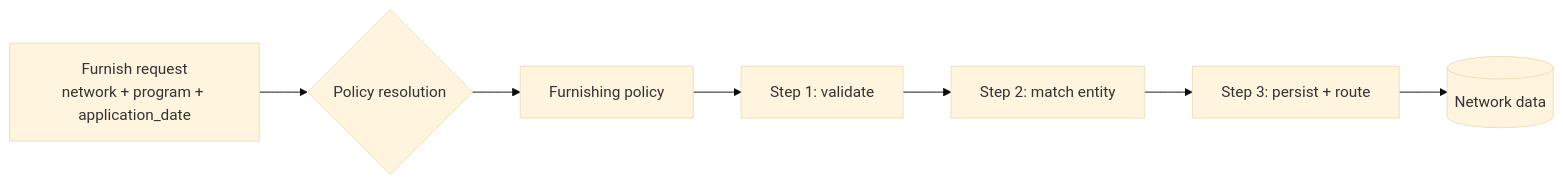
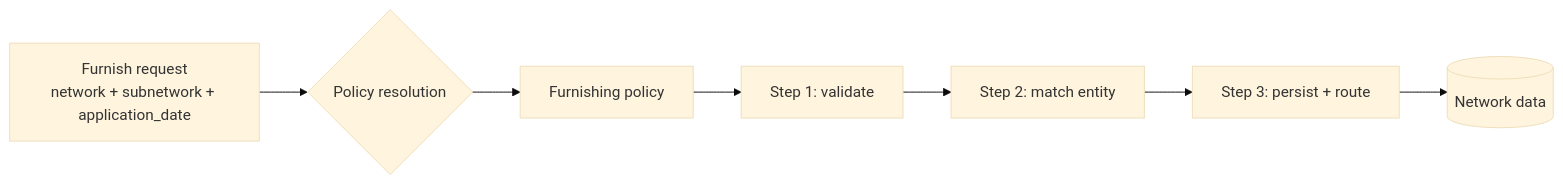
One commit to solo-finance/docs changed the first of 2 diagrams in concepts/governance/furnishing-policies.mdx. Above: the diagram before and after it, drawn with Mermaid (base theme). The commit also changed other lines of this file and 33 other files, not shown here.

````diff
--- a/concepts/governance/furnishing-policies.mdx
+++ b/concepts/governance/furnishing-policies.mdx
@@ -21,9 +21,9 @@
 ```mermaid
 flowchart LR
-    F[Furnish request<br/>network + program + application_date] --> R{Policy resolution}
+    F[Furnish request<br/>network + subnetwork + application_date] --> R{Policy resolution}
     R --> P[Furnishing policy]
     P --> S1[Step 1: validate]
     S1 --> S2[Step 2: match entity]
     S2 --> S3[Step 3: persist + route]
     S3 --> Store[(Network data)]
 ```
````
